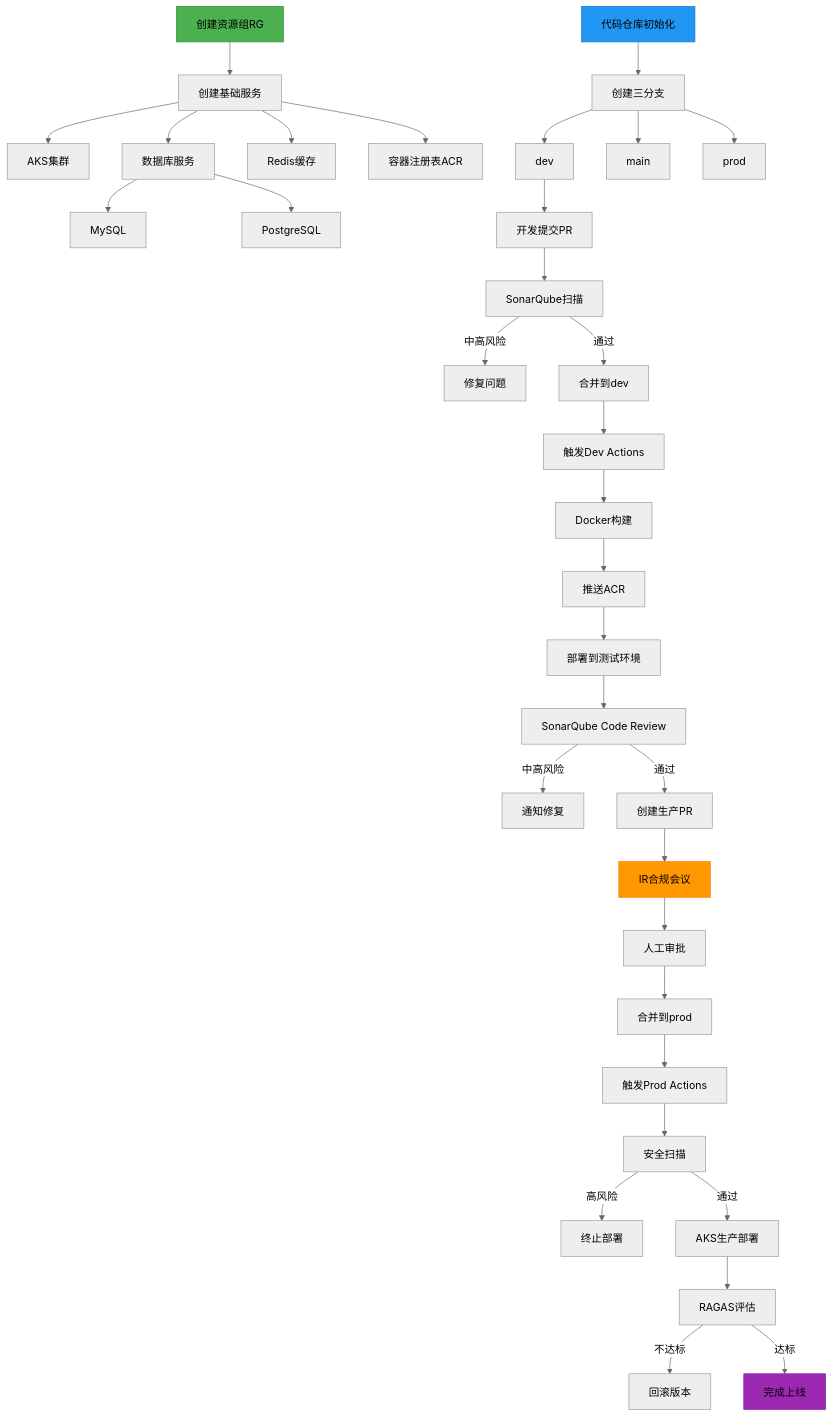
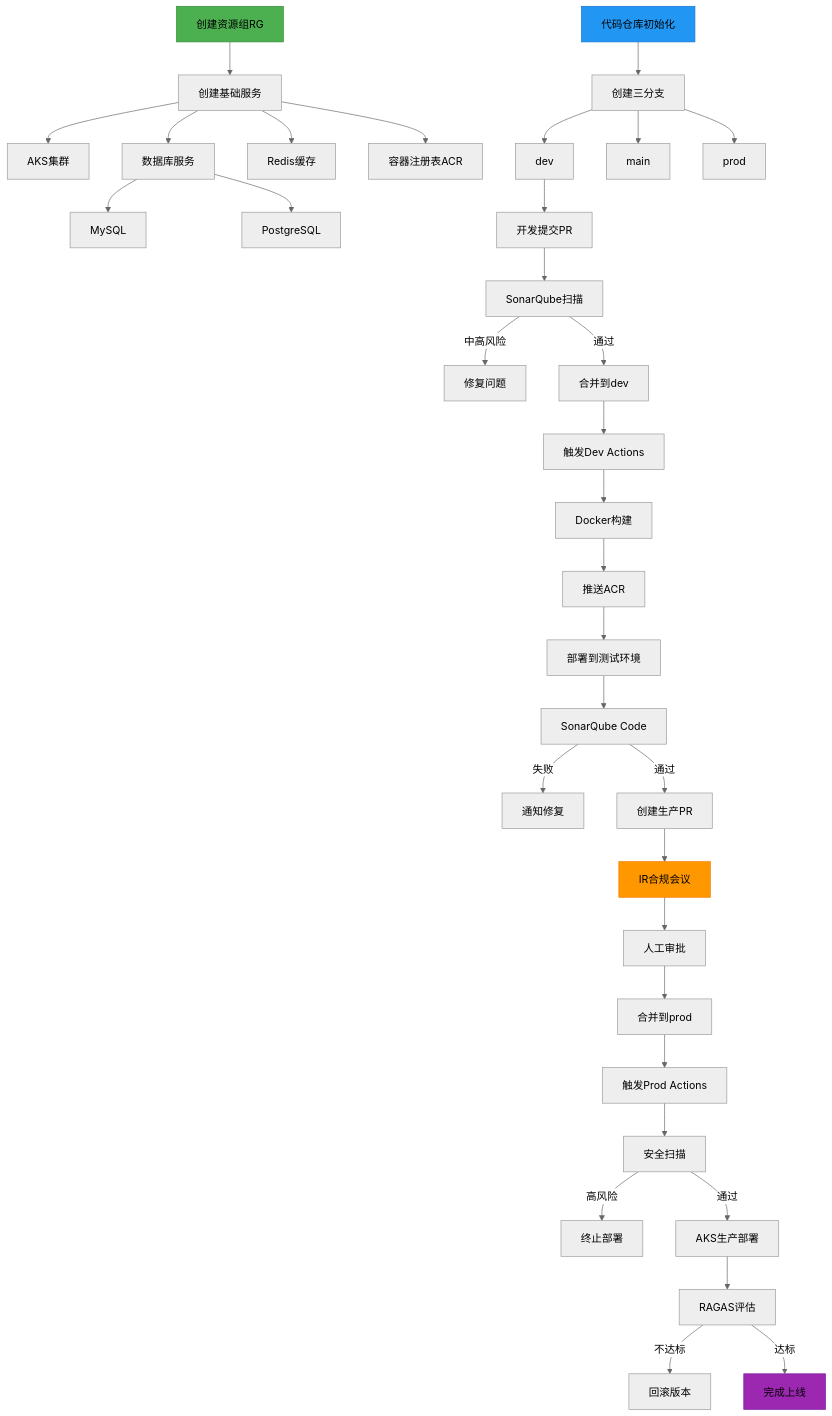
One commit to funnyData/iodraw-files changed the diagram in all/未命名-1.md. Above: the diagram before and after it, drawn with Mermaid (neutral theme).

Commit message:
2025-02-27 01:16:00 update

````diff
--- a/all/未命名-1.md
+++ b/all/未命名-1.md
@@ -1,47 +1,47 @@
 ```mermaid
 graph TD
     A[创建资源组RG] --> B[创建基础服务]
     B --> C[AKS集群]
     B --> D[数据库服务]
     D --> DA[MySQL]
     D --> DB[PostgreSQL]
     B --> E[Redis缓存]
     B --> F[容器注册表ACR]
     
     G[代码仓库初始化] --> H[创建三分支]
     H --> I[dev]
     H --> J[main]
     H --> K[prod]
     
     I --> L[开发提交PR]
     L --> M[SonarQube扫描]
     M -->|中高风险| N[修复问题]
     M -->|通过| O[合并到dev]
     
     O --> P[触发Dev Actions]
     P --> Q[Docker构建]
     Q --> R[推送ACR]
     R --> S[部署到测试环境]
     
-    S --> T[SonarQube Code Review]
-    T -->|中高风险| U[通知修复]
+    S --> T[SonarQube Code]
+    T -->|失败| U[通知修复]
     T -->|通过| V[创建生产PR]
     
     V --> W[IR合规会议]
     W --> X[人工审批]
     X --> Y[合并到prod]
     
     Y --> Z[触发Prod Actions]
     Z --> AA[安全扫描]
     AA -->|高风险| AB[终止部署]
     AA -->|通过| AC[AKS生产部署]
     
     AC --> AD[RAGAS评估]
     AD -->|不达标| AE[回滚版本]
     AD -->|达标| AF[完成上线]
     
     style A fill:#4CAF50,stroke:#388E3C
     style G fill:#2196F3,stroke:#1976D2
     style W fill:#FF9800,stroke:#F57C00
     style AF fill:#9C27B0,stroke:#7B1FA2
 ```
````
